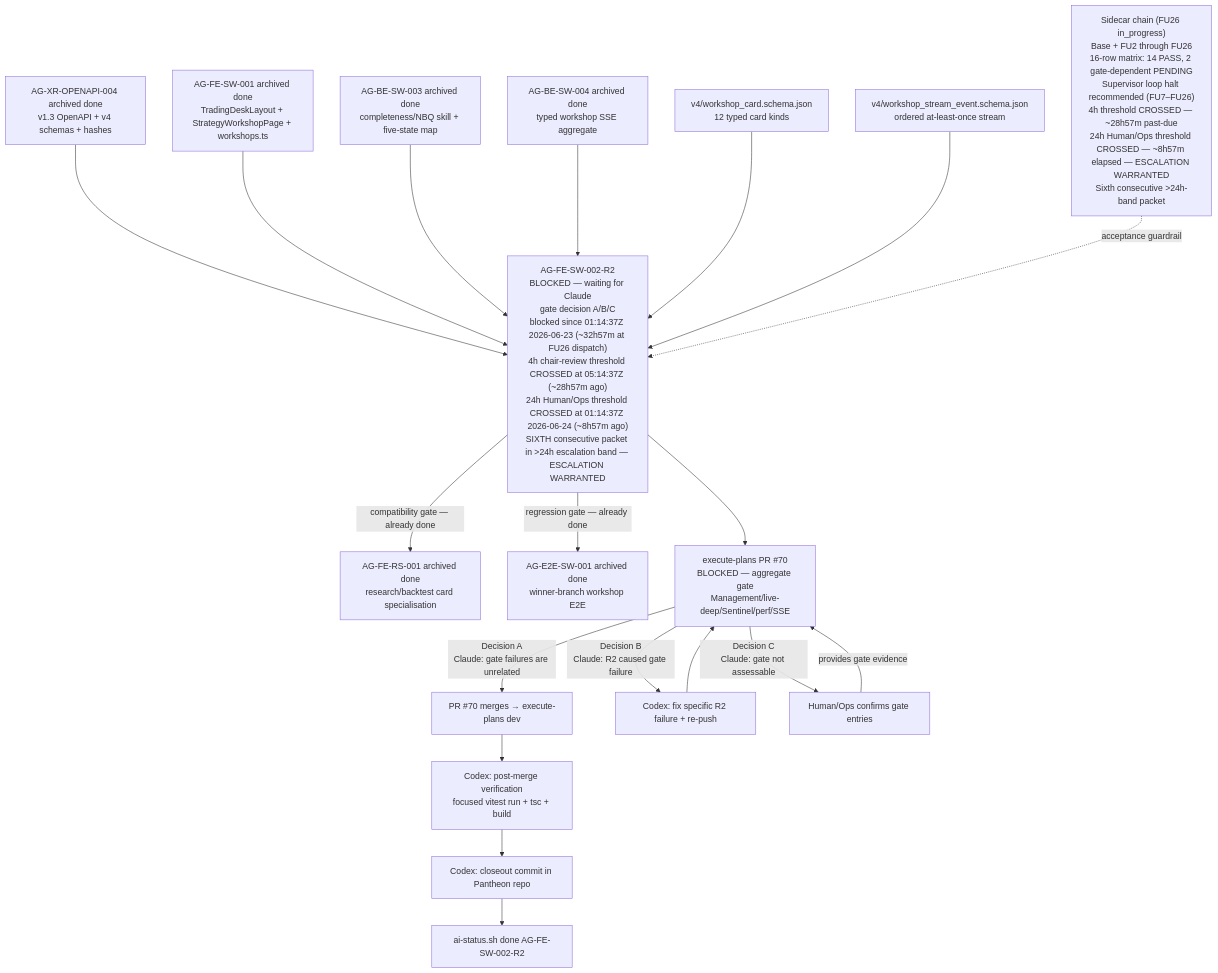
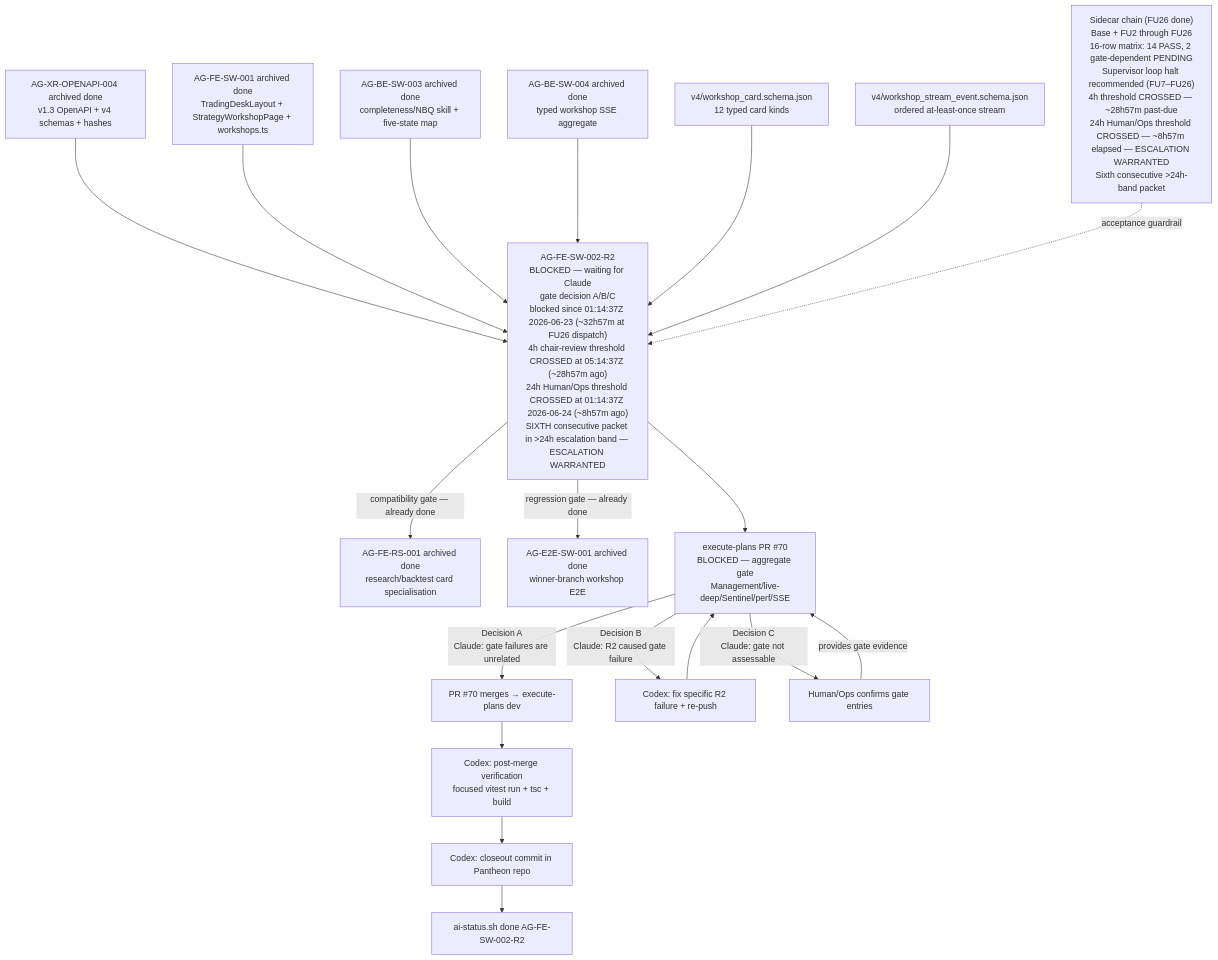
One commit to ajoe734/pantheon changed the diagram in support/sidecars/AG-FE-SW-002-R2/AG-FE-SW-002-R2-SIDECAR-ACCEPTANCE-FOLLOWUP-26.md. Above: the diagram before and after it, drawn with Mermaid. The commit also changed other lines of this file, not shown here.

First line of the commit message:
AG-FE-SW-002-R2-SIDECAR-ACCEPTANCE-FOLLOWUP-26: record owner closeout

````diff
--- a/support/sidecars/AG-FE-SW-002-R2/AG-FE-SW-002-R2-SIDECAR-ACCEPTANCE-FOLLOWUP-26.md
+++ b/support/sidecars/AG-FE-SW-002-R2/AG-FE-SW-002-R2-SIDECAR-ACCEPTANCE-FOLLOWUP-26.md
@@ -319,28 +319,28 @@
 ```mermaid
 graph TD
     XR004["AG-XR-OPENAPI-004 archived done<br/>v1.3 OpenAPI + v4 schemas + hashes"] --> FESW002R2
     FESW001["AG-FE-SW-001 archived done<br/>TradingDeskLayout + StrategyWorkshopPage + workshops.ts"] --> FESW002R2
     BESW003["AG-BE-SW-003 archived done<br/>completeness/NBQ skill + five-state map"] --> FESW002R2
     BESW004["AG-BE-SW-004 archived done<br/>typed workshop SSE aggregate"] --> FESW002R2
     CardSchema["v4/workshop_card.schema.json<br/>12 typed card kinds"] --> FESW002R2
     StreamSchema["v4/workshop_stream_event.schema.json<br/>ordered at-least-once stream"] --> FESW002R2
 
     FESW002R2["AG-FE-SW-002-R2<br/>BLOCKED — waiting for Claude<br/>gate decision A/B/C<br/>blocked since 01:14:37Z 2026-06-23 (~32h57m at FU26 dispatch)<br/>4h chair-review threshold CROSSED at 05:14:37Z (~28h57m ago)<br/>24h Human/Ops threshold CROSSED at 01:14:37Z 2026-06-24 (~8h57m ago)<br/>SIXTH consecutive packet in >24h escalation band — ESCALATION WARRANTED"]
 
     FESW002R2 -->|"compatibility gate — already done"| FERS001["AG-FE-RS-001 archived done<br/>research/backtest card specialisation"]
     FESW002R2 -->|"regression gate — already done"| E2E["AG-E2E-SW-001 archived done<br/>winner-branch workshop E2E"]
     FESW002R2 --> PR70["execute-plans PR #70<br/>BLOCKED — aggregate gate<br/>Management/live-deep/Sentinel/perf/SSE"]
 
     PR70 -->|"Decision A<br/>Claude: gate failures are unrelated"| Merge["PR #70 merges → execute-plans dev"]
     PR70 -->|"Decision B<br/>Claude: R2 caused gate failure"| Fix["Codex: fix specific R2 failure + re-push"]
     PR70 -->|"Decision C<br/>Claude: gate not assessable"| HumanOps["Human/Ops confirms gate entries"]
 
     Fix --> PR70
     HumanOps -->|"provides gate evidence"| PR70
 
     Merge --> PostMerge["Codex: post-merge verification<br/>focused vitest run + tsc + build"]
     PostMerge --> CloseoutCommit["Codex: closeout commit in Pantheon repo"]
     CloseoutCommit --> Done["ai-status.sh done AG-FE-SW-002-R2"]
 
-    SidecarChain["Sidecar chain (FU26 in_progress)<br/>Base + FU2 through FU26<br/>16-row matrix: 14 PASS, 2 gate-dependent PENDING<br/>Supervisor loop halt recommended (FU7–FU26)<br/>4h threshold CROSSED — ~28h57m past-due<br/>24h Human/Ops threshold CROSSED — ~8h57m elapsed — ESCALATION WARRANTED<br/>Sixth consecutive >24h-band packet"] -.->|"acceptance guardrail"| FESW002R2
+    SidecarChain["Sidecar chain (FU26 done)<br/>Base + FU2 through FU26<br/>16-row matrix: 14 PASS, 2 gate-dependent PENDING<br/>Supervisor loop halt recommended (FU7–FU26)<br/>4h threshold CROSSED — ~28h57m past-due<br/>24h Human/Ops threshold CROSSED — ~8h57m elapsed — ESCALATION WARRANTED<br/>Sixth consecutive >24h-band packet"] -.->|"acceptance guardrail"| FESW002R2
 ```
````
